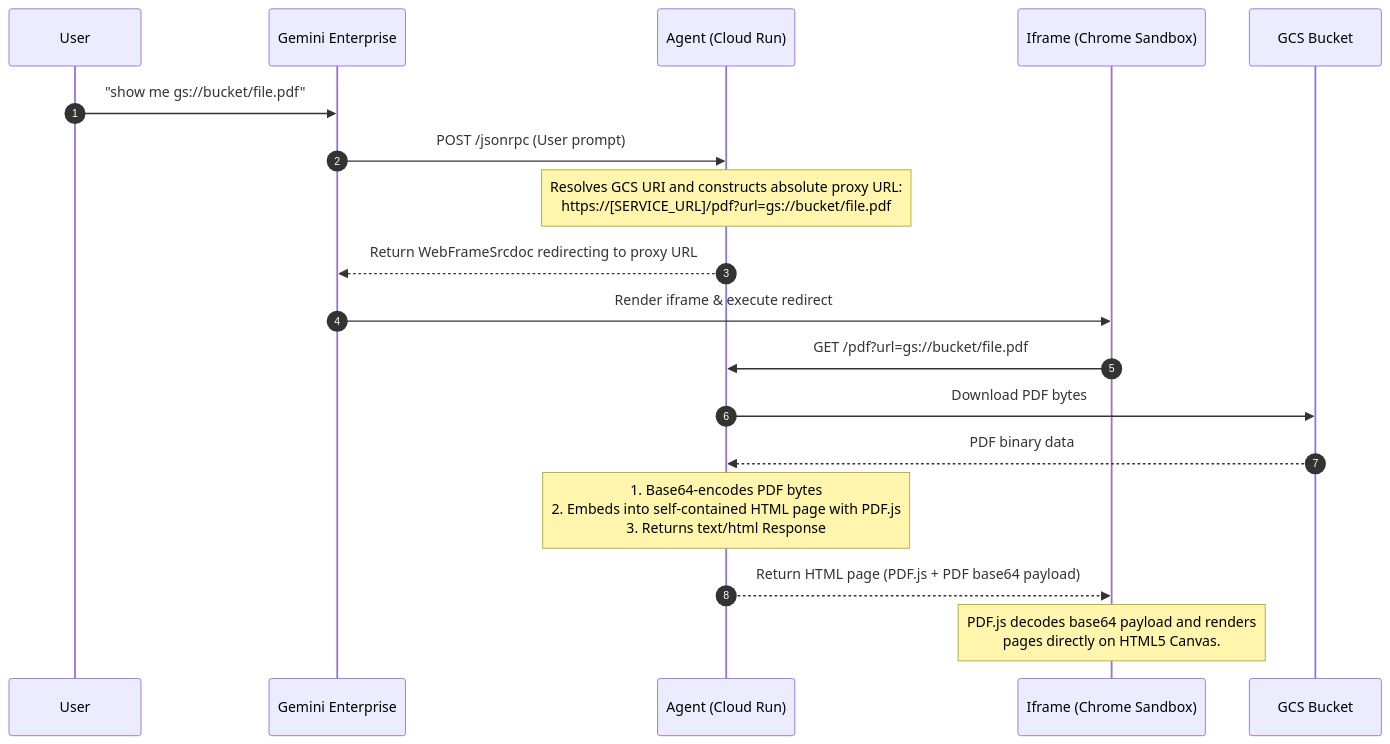
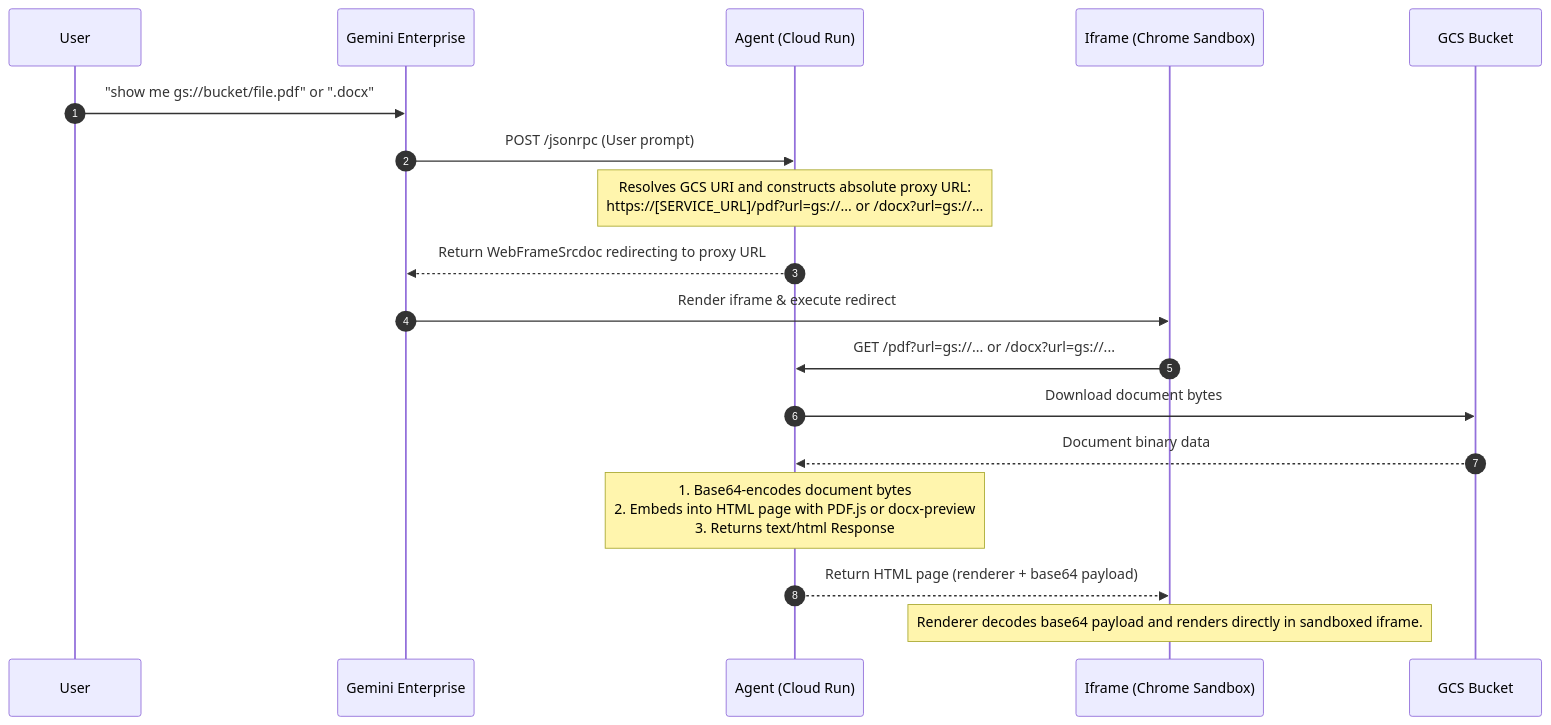
One commit to google/hcls_agents_catalog changed the first of 2 diagrams in a2ui-doc-viewer/README.md. Above: the diagram before and after it, drawn with Mermaid. The commit also changed other lines of this file and 12 other files, not shown here.

````diff
--- a/a2ui-doc-viewer/README.md
+++ b/a2ui-doc-viewer/README.md
@@ -50,15 +50,15 @@
 ```mermaid
 sequenceDiagram
     autonumber
-    User->>Gemini Enterprise: "show me gs://bucket/file.pdf"
+    User->>Gemini Enterprise: "show me gs://bucket/file.pdf" or ".docx"
     Gemini Enterprise->>Agent (Cloud Run): POST /jsonrpc (User prompt)
-    Note over Agent (Cloud Run): Resolves GCS URI and constructs absolute proxy URL:<br/>https://[SERVICE_URL]/pdf?url=gs://bucket/file.pdf
+    Note over Agent (Cloud Run): Resolves GCS URI and constructs absolute proxy URL:<br/>https://[SERVICE_URL]/pdf?url=gs://... or /docx?url=gs://...
     Agent (Cloud Run)-->>Gemini Enterprise: Return WebFrameSrcdoc redirecting to proxy URL
     Gemini Enterprise->>Iframe (Chrome Sandbox): Render iframe & execute redirect
-    Iframe (Chrome Sandbox)->>Agent (Cloud Run): GET /pdf?url=gs://bucket/file.pdf
-    Agent (Cloud Run)->>GCS Bucket: Download PDF bytes
-    GCS Bucket-->>Agent (Cloud Run): PDF binary data
-    Note over Agent (Cloud Run): 1. Base64-encodes PDF bytes<br/>2. Embeds into self-contained HTML page with PDF.js<br/>3. Returns text/html Response
-    Agent (Cloud Run)-->>Iframe (Chrome Sandbox): Return HTML page (PDF.js + PDF base64 payload)
-    Note over Iframe (Chrome Sandbox): PDF.js decodes base64 payload and renders<br/>pages directly on HTML5 Canvas.
+    Iframe (Chrome Sandbox)->>Agent (Cloud Run): GET /pdf?url=gs://... or /docx?url=gs://...
+    Agent (Cloud Run)->>GCS Bucket: Download document bytes
+    GCS Bucket-->>Agent (Cloud Run): Document binary data
+    Note over Agent (Cloud Run): 1. Base64-encodes document bytes<br/>2. Embeds into HTML page with PDF.js or docx-preview<br/>3. Returns text/html Response
+    Agent (Cloud Run)-->>Iframe (Chrome Sandbox): Return HTML page (renderer + base64 payload)
+    Note over Iframe (Chrome Sandbox): Renderer decodes base64 payload and renders directly in sandboxed iframe.
 ```
````
